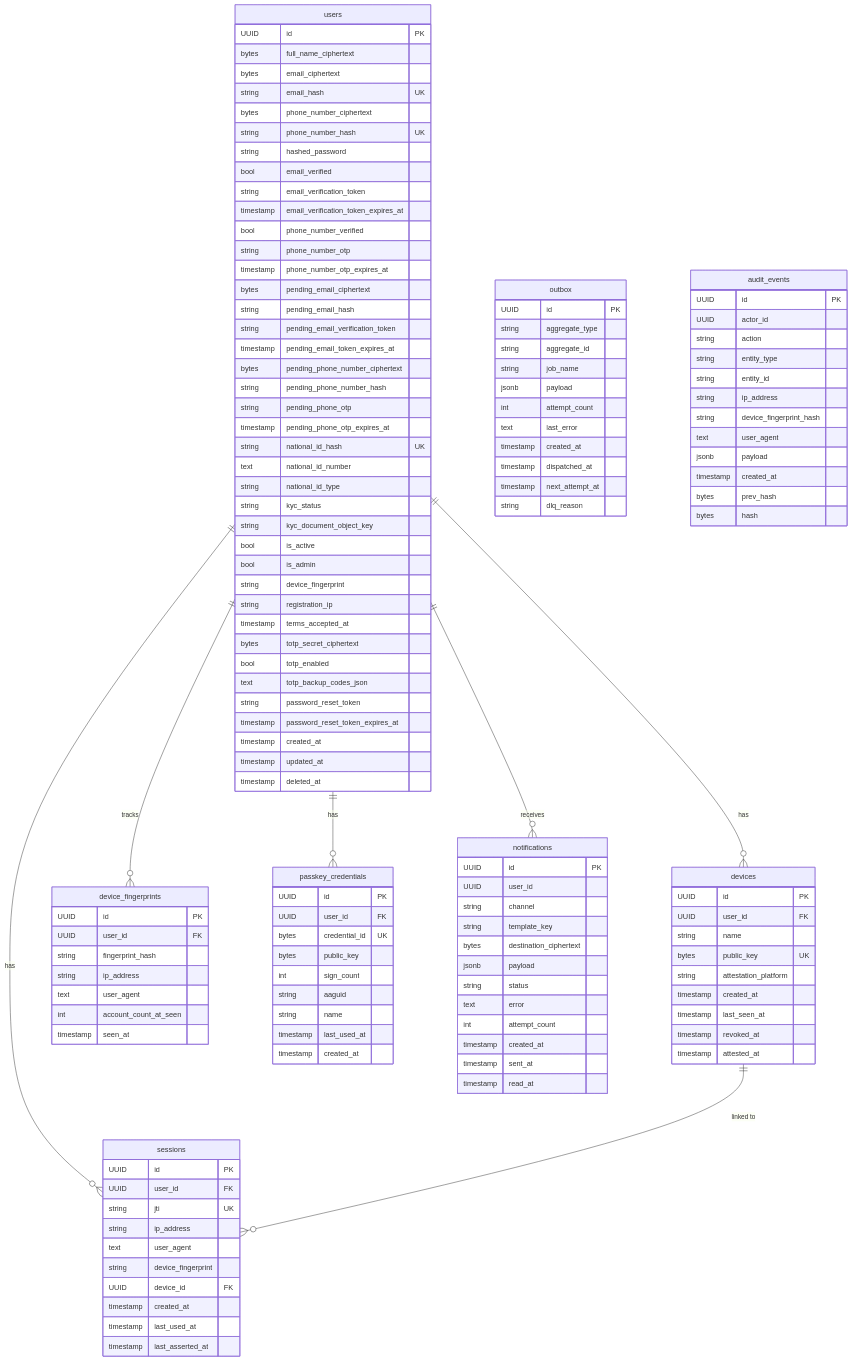
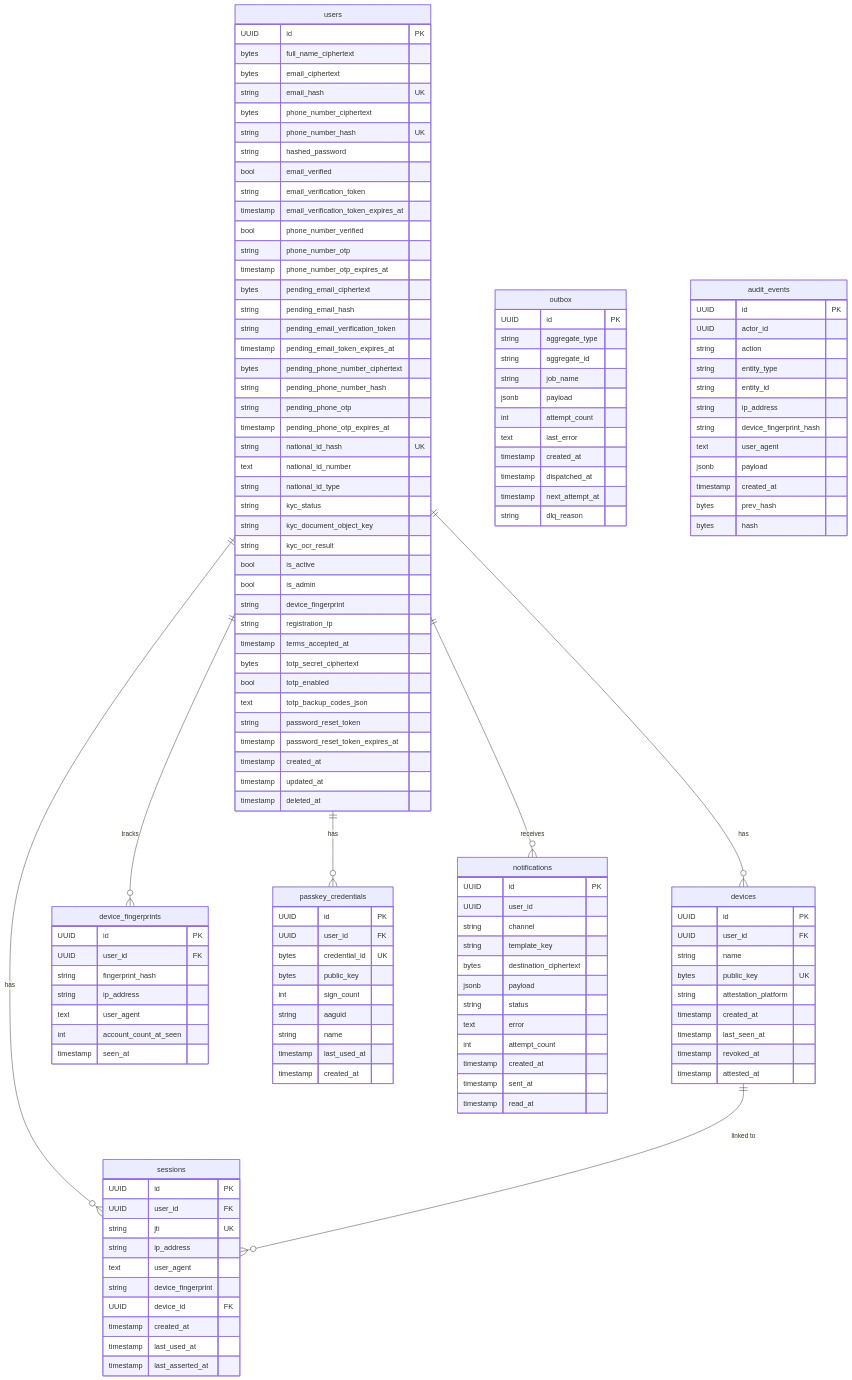
The diagram in docs/architecture/apps/api/services/identity/schema.md (cristiangilsanz/qrew), drawn with Mermaid before and after one commit. The commit also changed 9 other files, not shown here.

```diff
--- a/docs/architecture/apps/api/services/identity/schema.md
+++ b/docs/architecture/apps/api/services/identity/schema.md
@@ -29,6 +29,7 @@
         string national_id_type
         string kyc_status
         string kyc_document_object_key
+        string kyc_ocr_result
         bool is_active
         bool is_admin
         string device_fingerprint
```
